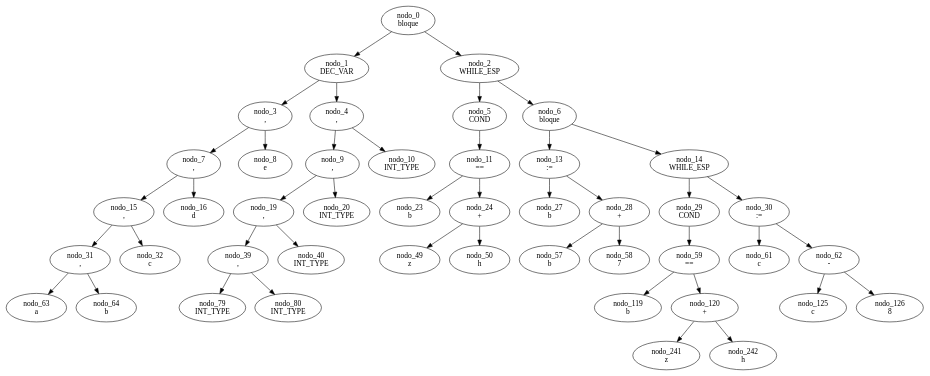
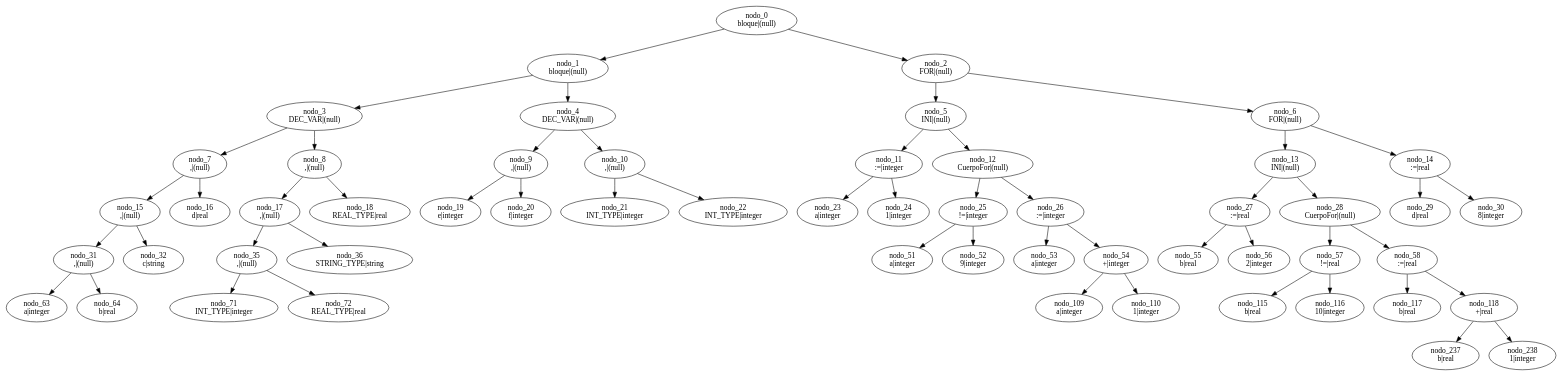
Before and after one commit to FacuBouza/TP_LyC_Grupo07: the diagram in Codigo/gragh.dot, drawn with Graphviz. The commit also changed 19 other files, not shown here.

```diff
--- a/Codigo/gragh.dot
+++ b/Codigo/gragh.dot
@@ -1,46 +1,56 @@
 digraph G {
-	"nodo_0 \nbloque" -> "nodo_1 \nDEC_VAR"
-	"nodo_0 \nbloque" -> "nodo_2 \nWHILE_ESP"
-	"nodo_1 \nDEC_VAR" -> "nodo_3 \n,"
-	"nodo_1 \nDEC_VAR" -> "nodo_4 \n,"
-	"nodo_3 \n," -> "nodo_7 \n,"
-	"nodo_3 \n," -> "nodo_8 \ne"
-	"nodo_7 \n," -> "nodo_15 \n,"
-	"nodo_7 \n," -> "nodo_16 \nd"
-	"nodo_15 \n," -> "nodo_31 \n,"
-	"nodo_15 \n," -> "nodo_32 \nc"
-	"nodo_31 \n," -> "nodo_63 \na"
-	"nodo_31 \n," -> "nodo_64 \nb"
-	"nodo_4 \n," -> "nodo_9 \n,"
-	"nodo_4 \n," -> "nodo_10 \nINT_TYPE"
-	"nodo_9 \n," -> "nodo_19 \n,"
-	"nodo_9 \n," -> "nodo_20 \nINT_TYPE"
-	"nodo_19 \n," -> "nodo_39 \n,"
-	"nodo_19 \n," -> "nodo_40 \nINT_TYPE"
-	"nodo_39 \n," -> "nodo_79 \nINT_TYPE"
-	"nodo_39 \n," -> "nodo_80 \nINT_TYPE"
-	"nodo_2 \nWHILE_ESP" -> "nodo_5 \nCOND"
-	"nodo_2 \nWHILE_ESP" -> "nodo_6 \nbloque"
-	"nodo_5 \nCOND" -> "nodo_11 \n=="
-	"nodo_11 \n==" -> "nodo_23 \nb"
-	"nodo_11 \n==" -> "nodo_24 \n+"
-	"nodo_24 \n+" -> "nodo_49 \nz"
-	"nodo_24 \n+" -> "nodo_50 \nh"
-	"nodo_6 \nbloque" -> "nodo_13 \n:="
-	"nodo_6 \nbloque" -> "nodo_14 \nWHILE_ESP"
-	"nodo_13 \n:=" -> "nodo_27 \nb"
-	"nodo_13 \n:=" -> "nodo_28 \n+"
-	"nodo_28 \n+" -> "nodo_57 \nb"
-	"nodo_28 \n+" -> "nodo_58 \n7"
-	"nodo_14 \nWHILE_ESP" -> "nodo_29 \nCOND"
-	"nodo_14 \nWHILE_ESP" -> "nodo_30 \n:="
-	"nodo_29 \nCOND" -> "nodo_59 \n=="
-	"nodo_59 \n==" -> "nodo_119 \nb"
-	"nodo_59 \n==" -> "nodo_120 \n+"
-	"nodo_120 \n+" -> "nodo_241 \nz"
-	"nodo_120 \n+" -> "nodo_242 \nh"
-	"nodo_30 \n:=" -> "nodo_61 \nc"
-	"nodo_30 \n:=" -> "nodo_62 \n-"
-	"nodo_62 \n-" -> "nodo_125 \nc"
-	"nodo_62 \n-" -> "nodo_126 \n8"
+	"nodo_0 \nbloque|(null)" -> "nodo_1 \nbloque|(null)"
+	"nodo_0 \nbloque|(null)" -> "nodo_2 \nFOR|(null)"
+	"nodo_1 \nbloque|(null)" -> "nodo_3 \nDEC_VAR|(null)"
+	"nodo_1 \nbloque|(null)" -> "nodo_4 \nDEC_VAR|(null)"
+	"nodo_3 \nDEC_VAR|(null)" -> "nodo_7 \n,|(null)"
+	"nodo_3 \nDEC_VAR|(null)" -> "nodo_8 \n,|(null)"
+	"nodo_7 \n,|(null)" -> "nodo_15 \n,|(null)"
+	"nodo_7 \n,|(null)" -> "nodo_16 \nd|real"
+	"nodo_15 \n,|(null)" -> "nodo_31 \n,|(null)"
+	"nodo_15 \n,|(null)" -> "nodo_32 \nc|string"
+	"nodo_31 \n,|(null)" -> "nodo_63 \na|integer"
+	"nodo_31 \n,|(null)" -> "nodo_64 \nb|real"
+	"nodo_8 \n,|(null)" -> "nodo_17 \n,|(null)"
+	"nodo_8 \n,|(null)" -> "nodo_18 \nREAL_TYPE|real"
+	"nodo_17 \n,|(null)" -> "nodo_35 \n,|(null)"
+	"nodo_17 \n,|(null)" -> "nodo_36 \nSTRING_TYPE|string"
+	"nodo_35 \n,|(null)" -> "nodo_71 \nINT_TYPE|integer"
+	"nodo_35 \n,|(null)" -> "nodo_72 \nREAL_TYPE|real"
+	"nodo_4 \nDEC_VAR|(null)" -> "nodo_9 \n,|(null)"
+	"nodo_4 \nDEC_VAR|(null)" -> "nodo_10 \n,|(null)"
+	"nodo_9 \n,|(null)" -> "nodo_19 \ne|integer"
+	"nodo_9 \n,|(null)" -> "nodo_20 \nf|integer"
+	"nodo_10 \n,|(null)" -> "nodo_21 \nINT_TYPE|integer"
+	"nodo_10 \n,|(null)" -> "nodo_22 \nINT_TYPE|integer"
+	"nodo_2 \nFOR|(null)" -> "nodo_5 \nINI|(null)"
+	"nodo_2 \nFOR|(null)" -> "nodo_6 \nFOR|(null)"
+	"nodo_5 \nINI|(null)" -> "nodo_11 \n:=|integer"
+	"nodo_5 \nINI|(null)" -> "nodo_12 \nCuerpoFor|(null)"
+	"nodo_11 \n:=|integer" -> "nodo_23 \na|integer"
+	"nodo_11 \n:=|integer" -> "nodo_24 \n1|integer"
+	"nodo_12 \nCuerpoFor|(null)" -> "nodo_25 \n!=|integer"
+	"nodo_12 \nCuerpoFor|(null)" -> "nodo_26 \n:=|integer"
+	"nodo_25 \n!=|integer" -> "nodo_51 \na|integer"
+	"nodo_25 \n!=|integer" -> "nodo_52 \n9|integer"
+	"nodo_26 \n:=|integer" -> "nodo_53 \na|integer"
+	"nodo_26 \n:=|integer" -> "nodo_54 \n+|integer"
+	"nodo_54 \n+|integer" -> "nodo_109 \na|integer"
+	"nodo_54 \n+|integer" -> "nodo_110 \n1|integer"
+	"nodo_6 \nFOR|(null)" -> "nodo_13 \nINI|(null)"
+	"nodo_6 \nFOR|(null)" -> "nodo_14 \n:=|real"
+	"nodo_13 \nINI|(null)" -> "nodo_27 \n:=|real"
+	"nodo_13 \nINI|(null)" -> "nodo_28 \nCuerpoFor|(null)"
+	"nodo_27 \n:=|real" -> "nodo_55 \nb|real"
+	"nodo_27 \n:=|real" -> "nodo_56 \n2|integer"
+	"nodo_28 \nCuerpoFor|(null)" -> "nodo_57 \n!=|real"
+	"nodo_28 \nCuerpoFor|(null)" -> "nodo_58 \n:=|real"
+	"nodo_57 \n!=|real" -> "nodo_115 \nb|real"
+	"nodo_57 \n!=|real" -> "nodo_116 \n10|integer"
+	"nodo_58 \n:=|real" -> "nodo_117 \nb|real"
+	"nodo_58 \n:=|real" -> "nodo_118 \n+|real"
+	"nodo_118 \n+|real" -> "nodo_237 \nb|real"
+	"nodo_118 \n+|real" -> "nodo_238 \n1|integer"
+	"nodo_14 \n:=|real" -> "nodo_29 \nd|real"
+	"nodo_14 \n:=|real" -> "nodo_30 \n8|integer"
 }
```
